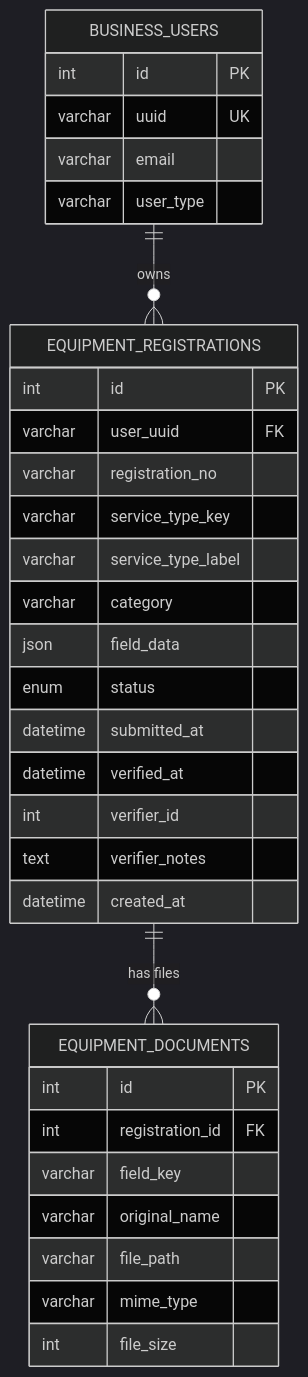
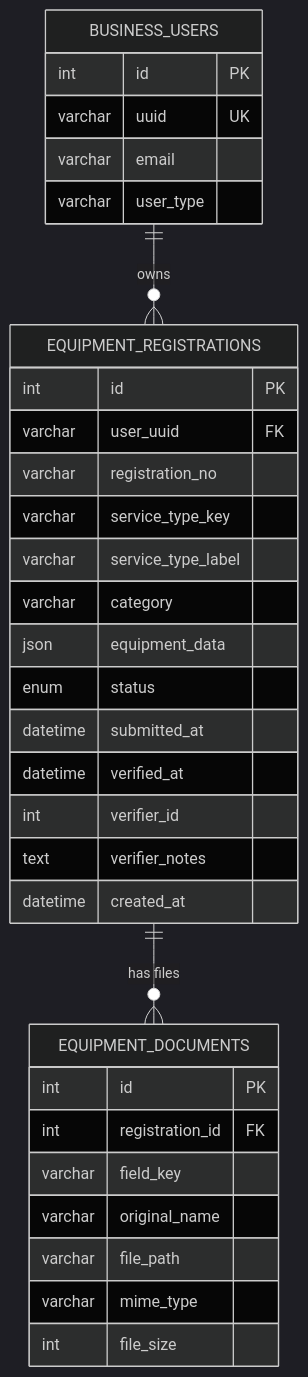
One commit to KENEDYMOSHI/new-osa changed the diagram in findings.md. Above: the diagram before and after it, drawn with Mermaid (dark theme). The commit also changed other lines of this file, not shown here.

Commit message:
feat(equipment): add JSON-based equipment registration

````diff
--- a/findings.md
+++ b/findings.md
@@ -247,38 +247,38 @@
 ```mermaid
 erDiagram
     BUSINESS_USERS ||--o{ EQUIPMENT_REGISTRATIONS : "owns"
     EQUIPMENT_REGISTRATIONS ||--o{ EQUIPMENT_DOCUMENTS : "has files"
 
     BUSINESS_USERS {
         int id PK
         varchar uuid UK
         varchar email
         varchar user_type
     }
 
     EQUIPMENT_REGISTRATIONS {
         int id PK
         varchar user_uuid FK
         varchar registration_no
         varchar service_type_key
         varchar service_type_label
         varchar category
-        json field_data
+        json equipment_data
         enum status
         datetime submitted_at
         datetime verified_at
         int verifier_id
         text verifier_notes
         datetime created_at
     }
 
     EQUIPMENT_DOCUMENTS {
         int id PK
         int registration_id FK
         varchar field_key
         varchar original_name
         varchar file_path
         varchar mime_type
         int file_size
     }
 ```
````
